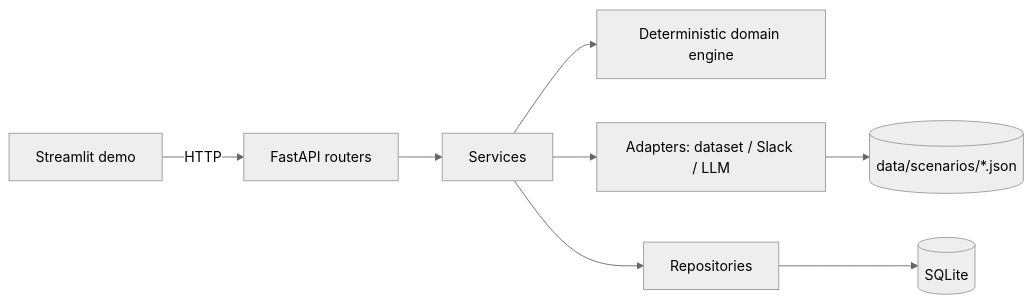
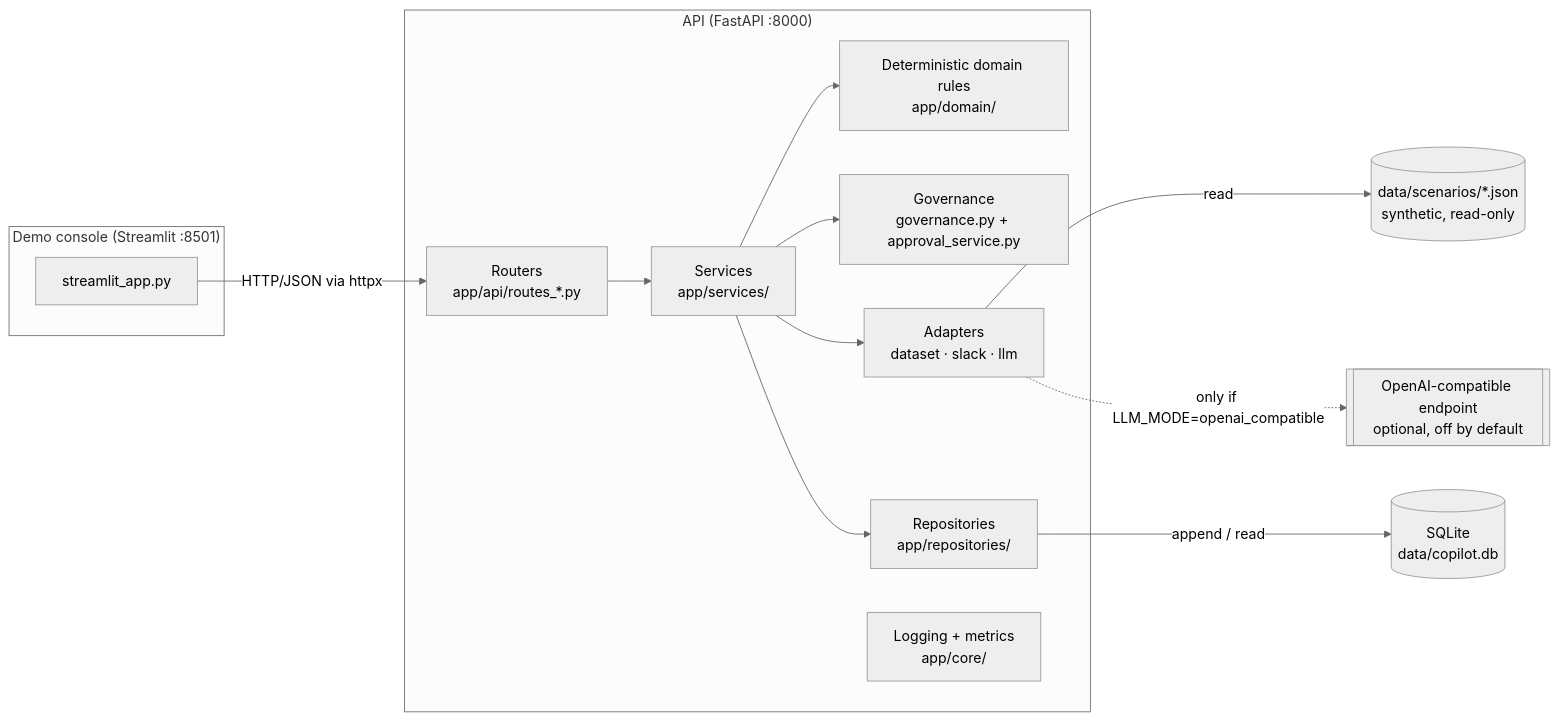
The first of 2 diagrams in docs/ARCHITECTURE.md (Oren1984/Slack-Delivery-Release-Copilot), drawn with Mermaid (neutral theme) before and after one commit. The commit also changed other lines of this file and 23 other files, not shown here.

````diff
--- a/docs/ARCHITECTURE.md
+++ b/docs/ARCHITECTURE.md
@@ -28,10 +15,30 @@
 ```mermaid
 flowchart LR
-    UI[Streamlit demo] -->|HTTP| API[FastAPI routers]
-    API --> SVC[Services]
-    SVC --> DOM[Deterministic domain engine]
-    SVC --> ADP[Adapters: dataset / Slack / LLM]
-    SVC --> REPO[Repositories]
-    REPO --> DB[(SQLite)]
-    ADP --> JSON[(data/scenarios/*.json)]
+    subgraph UI["Demo console (Streamlit :8501)"]
+        ST[streamlit_app.py]
+    end
+
+    subgraph API["API (FastAPI :8000)"]
+        R[Routers<br/>app/api/routes_*.py]
+        SV[Services<br/>app/services/]
+        DM[Deterministic domain rules<br/>app/domain/]
+        GV[Governance<br/>governance.py + approval_service.py]
+        AD[Adapters<br/>dataset · slack · llm]
+        RP[Repositories<br/>app/repositories/]
+        OBS[Logging + metrics<br/>app/core/]
+    end
+
+    DATA[(data/scenarios/*.json<br/>synthetic, read-only)]
+    DB[(SQLite<br/>data/copilot.db)]
+    LLM[[OpenAI-compatible endpoint<br/>optional, off by default]]
+
+    ST -- HTTP/JSON via httpx --> R
+    R --> SV
+    SV --> DM
+    SV --> GV
+    SV --> AD
+    SV --> RP
+    AD -- read --> DATA
+    RP -- append / read --> DB
+    AD -. only if LLM_MODE=openai_compatible .-> LLM
 ```
````
